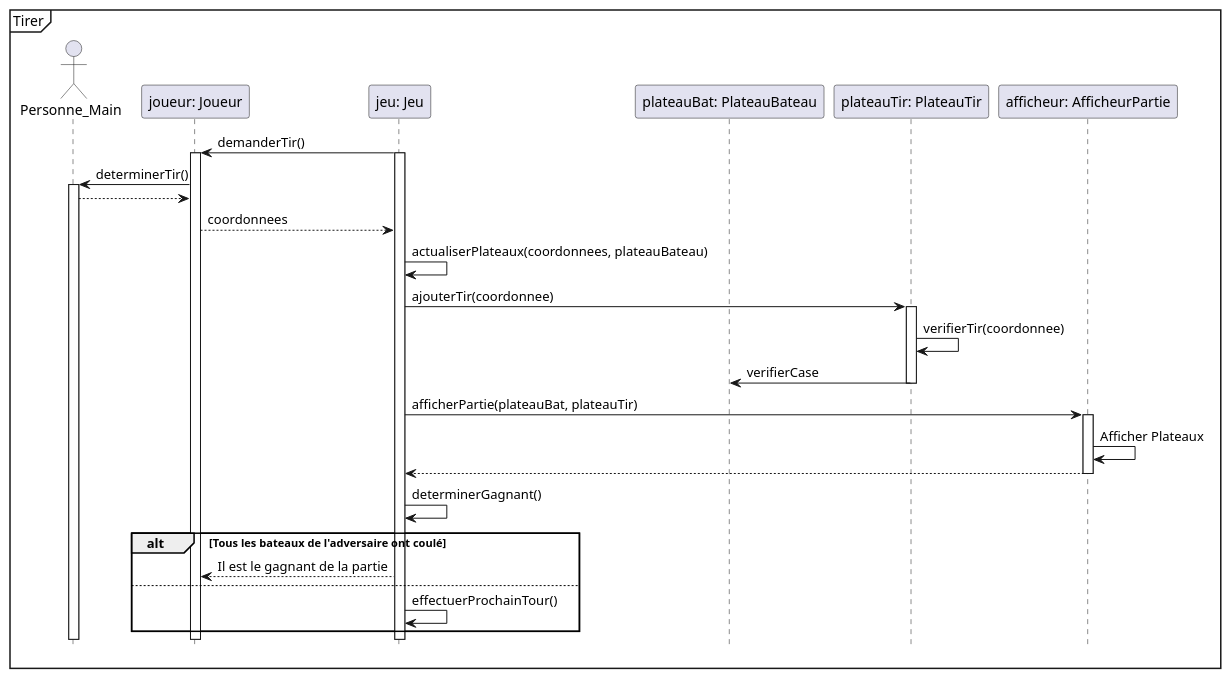
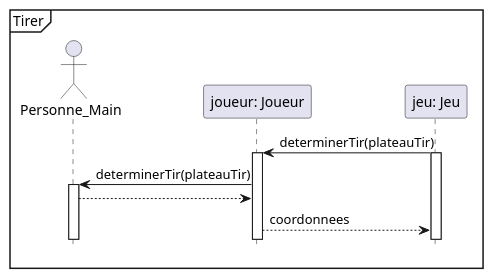
Before and after one commit to Patroklos99/5153_TP2-Battleship-AI-Pattern-Conception_Engineering2: the diagram in diagrammes_conception/diagrammes_patrons/sequence_template_method_1.puml, drawn with PlantUML. The commit also changed 5 other files, not shown here.

```diff
--- a/diagrammes_conception/diagrammes_patrons/sequence_template_method_1.puml
+++ b/diagrammes_conception/diagrammes_patrons/sequence_template_method_1.puml
@@ -1,41 +1,23 @@
 @startuml
 'https://plantuml.com/sequence-diagram
 
 hide footbox
 mainframe Tirer
 
 actor Personne_Main as personne
 participant "joueur: Joueur" as joueur
 participant "jeu: Jeu" as Jeu
-participant "plateauBat: PlateauBateau" as platBat
-participant "plateauTir: PlateauTir" as platTir
-participant "afficheur: AfficheurPartie" as AfficheurPartie
 
 
 
-Jeu -> joueur : demanderTir()
+Jeu -> joueur : determinerTir(plateauTir)
 activate joueur
 activate Jeu
-joueur -> personne : determinerTir()
+joueur -> personne : determinerTir(plateauTir)
 activate personne
 personne --> joueur
 joueur --> Jeu : coordonnees
-Jeu -> Jeu : actualiserPlateaux(coordonnees, plateauBateau)
-Jeu -> platTir : ajouterTir(coordonnee)
-activate platTir
-platTir -> platTir : verifierTir(coordonnee)
-platTir -> platBat : verifierCase
-deactivate platTir
-Jeu -> AfficheurPartie: afficherPartie(plateauBat, plateauTir)
-activate AfficheurPartie
-AfficheurPartie -> AfficheurPartie: Afficher Plateaux
-AfficheurPartie --> Jeu
-deactivate AfficheurPartie
-Jeu -> Jeu: determinerGagnant()
-alt Tous les bateaux de l'adversaire ont coulé
-Jeu --> joueur: Il est le gagnant de la partie
-else
-Jeu -> Jeu: effectuerProchainTour()
 
-end
+
+
 @enduml
```
